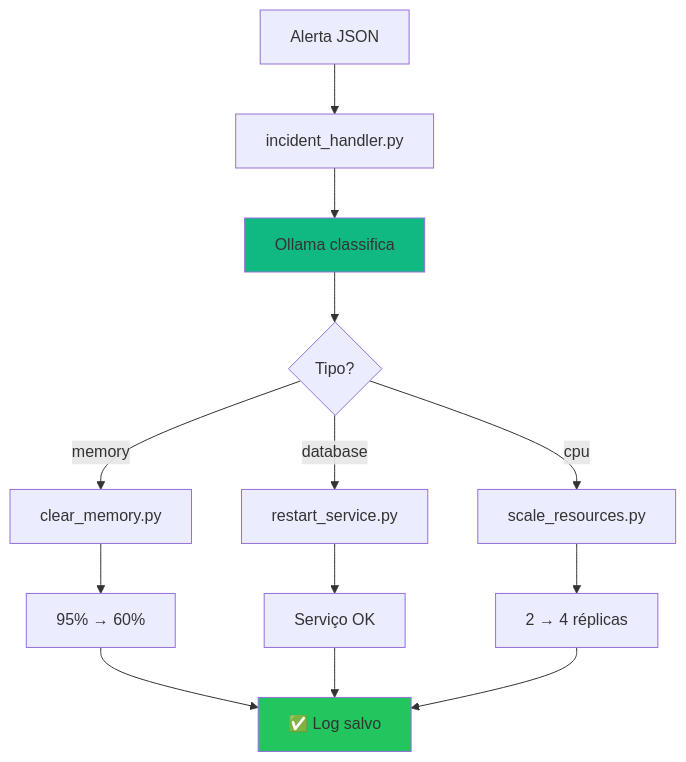
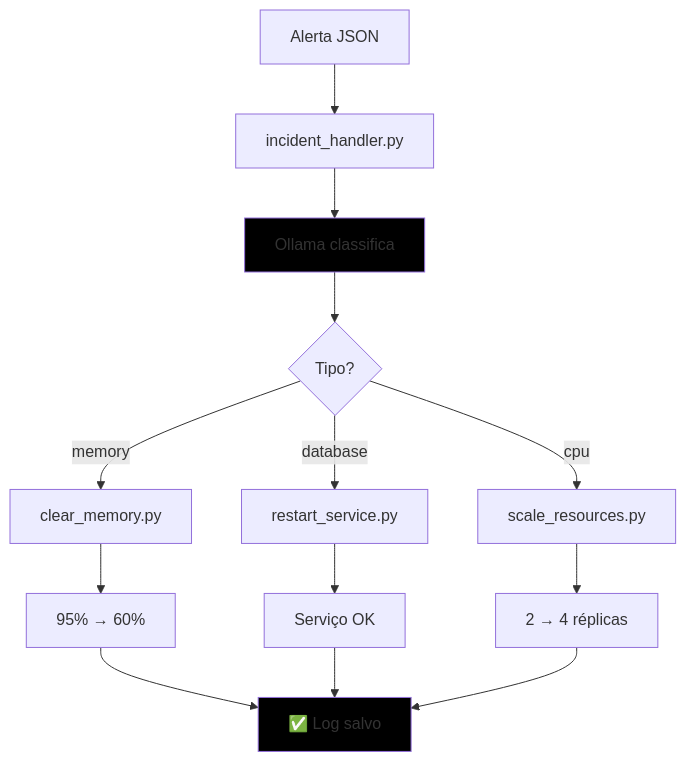
The third of 5 diagrams in VIDEO-7.3-PASSO-A-PASSO-v3.md (josenetoo/fiap-dclt-aula07), drawn with Mermaid before and after one commit. The commit also changed other lines of this file and 5 other files, not shown here.

````diff
--- a/VIDEO-7.3-PASSO-A-PASSO-v3.md
+++ b/VIDEO-7.3-PASSO-A-PASSO-v3.md
@@ -346,21 +346,21 @@
 ```mermaid
 graph TB
     A[Alerta JSON] --> B[incident_handler.py]
     B --> C[Ollama classifica]
     C --> D{Tipo?}
     
     D -->|memory| E[clear_memory.py]
     D -->|database| F[restart_service.py]
     D -->|cpu| G[scale_resources.py]
     
     E --> H[95% → 60%]
     F --> I[Serviço OK]
     G --> J[2 → 4 réplicas]
     
     H --> K[✅ Log salvo]
     I --> K
     J --> K
     
-    style C fill:#10b981
-    style K fill:#22c55e
+    style C fill:#000000
+    style K fill:#000000
 ```
````
